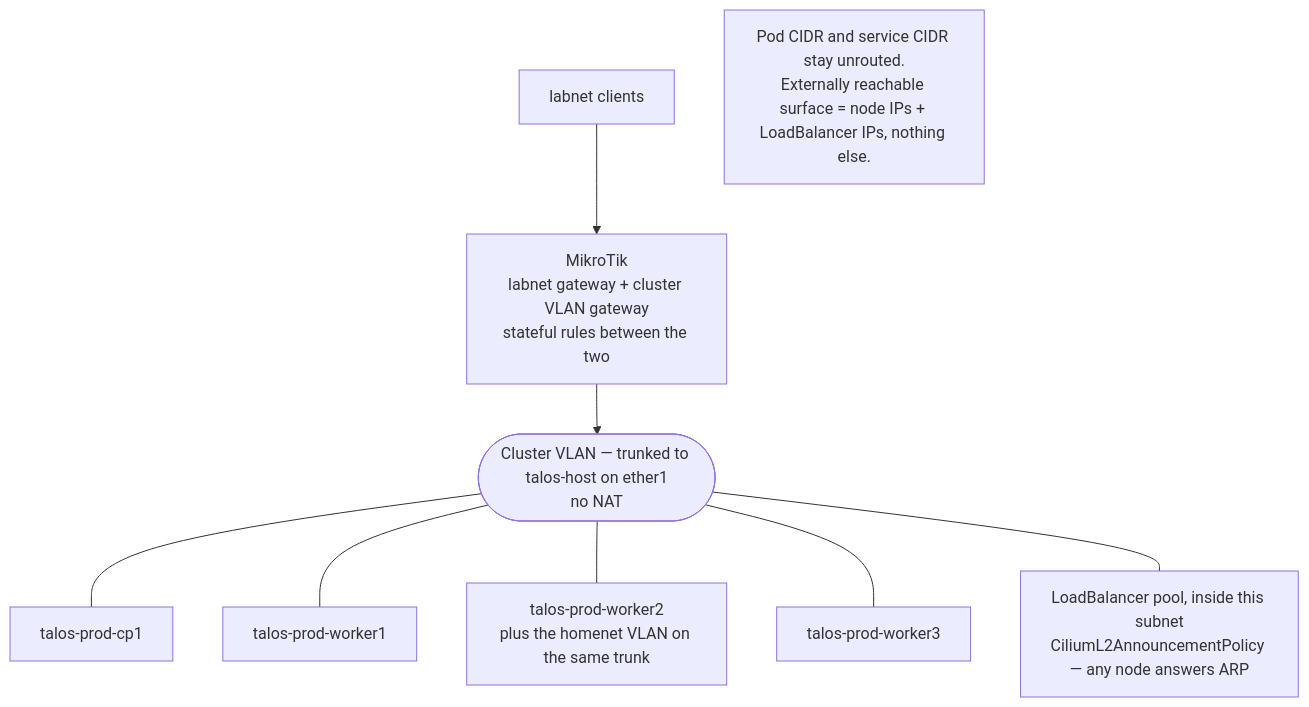
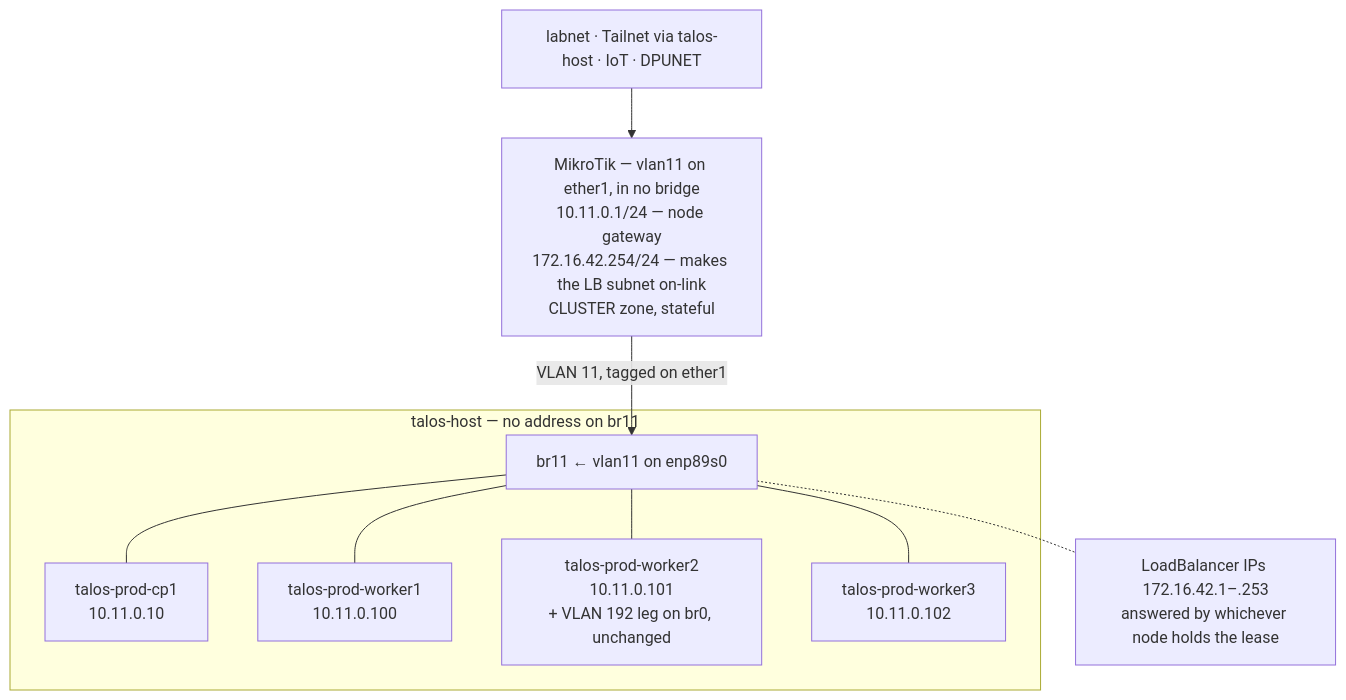
The sixth of 6 diagrams in docs/network.md (dancavallaro/homelab), drawn with Mermaid before and after one commit. The commit also changed other lines of this file, not shown here.

Commit message:
Update cluster network redesign doc

````diff
--- a/docs/network.md
+++ b/docs/network.md
@@ -491,16 +488,22 @@
 ```mermaid
 flowchart TD
-    lab["labnet clients"]
-    mt["MikroTik<br>labnet gateway + cluster VLAN gateway<br>stateful rules between the two"]
-    vlan(["Cluster VLAN — trunked to talos-host on ether1<br>no NAT"])
+    lab["labnet · Tailnet via talos-host · IoT · DPUNET"]
+    mt["MikroTik — vlan11 on ether1, in no bridge<br>10.11.0.1/24 — node gateway<br>172.16.42.254/24 — makes the LB subnet on-link<br>CLUSTER zone, stateful"]
+    lab --> mt
 
-    lab --> mt --> vlan
+    subgraph th["talos-host — no address on br11"]
+        br11["br11 ← vlan11 on enp89s0"]
+        cp1["talos-prod-cp1<br>10.11.0.10"]
+        w1["talos-prod-worker1<br>10.11.0.100"]
+        w2["talos-prod-worker2<br>10.11.0.101<br>+ VLAN 192 leg on br0, unchanged"]
+        w3["talos-prod-worker3<br>10.11.0.102"]
+        br11 --- cp1
+        br11 --- w1
+        br11 --- w2
+        br11 --- w3
+    end
 
-    vlan --- cp1["talos-prod-cp1"]
-    vlan --- w1["talos-prod-worker1"]
-    vlan --- w2["talos-prod-worker2<br>plus the homenet VLAN on the same trunk"]
-    vlan --- w3["talos-prod-worker3"]
-    vlan --- lbp["LoadBalancer pool, inside this subnet<br>CiliumL2AnnouncementPolicy — any node answers ARP"]
-
-    priv["Pod CIDR and service CIDR stay unrouted.<br>Externally reachable surface = node IPs + LoadBalancer IPs, nothing else."]
+    mt -->|"VLAN 11, tagged on ether1"| br11
+    lbs["LoadBalancer IPs 172.16.42.1–.253<br>answered by whichever node holds the lease"]
+    br11 -.- lbs
 ```
````
